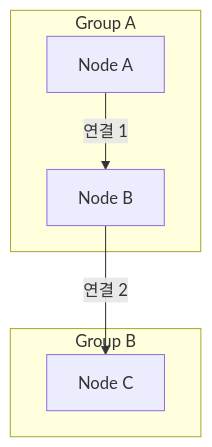
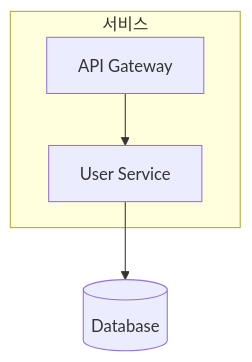
Before and after one commit to Doosies/lexical: the first of 3 diagrams in .cursor/rules/mermaid-rule.mdc, drawn with Mermaid. The commit also changed other lines of this file, not shown here.

````diff
--- a/.cursor/rules/mermaid-rule.mdc
+++ b/.cursor/rules/mermaid-rule.mdc
@@ -120,15 +95,13 @@
-  ```mermaid
-  graph TD
-      %% 1. 모든 노드와 서브그래프를 먼저 선언합니다.
-      subgraph "Group A"
-          A["Node A"]
-          B["Node B"]
-      end
-      subgraph "Group B"
-          C["Node C"]
-      end
+```mermaid
+graph TD
+    %% 1. 모든 노드 선언
+    subgraph "서비스"
+        A["API Gateway"]
+        B["User Service"]
+    end
+    C[("Database")]
 
-      %% 2. 관계 연결은 최하단에 모아서 작성합니다.
-      A -- "연결 1" --> B
-      B -- "연결 2" --> C
-  ```
+    %% 2. 관계 연결은 하단에
+    A --> B
+    B --> C
+```
````
